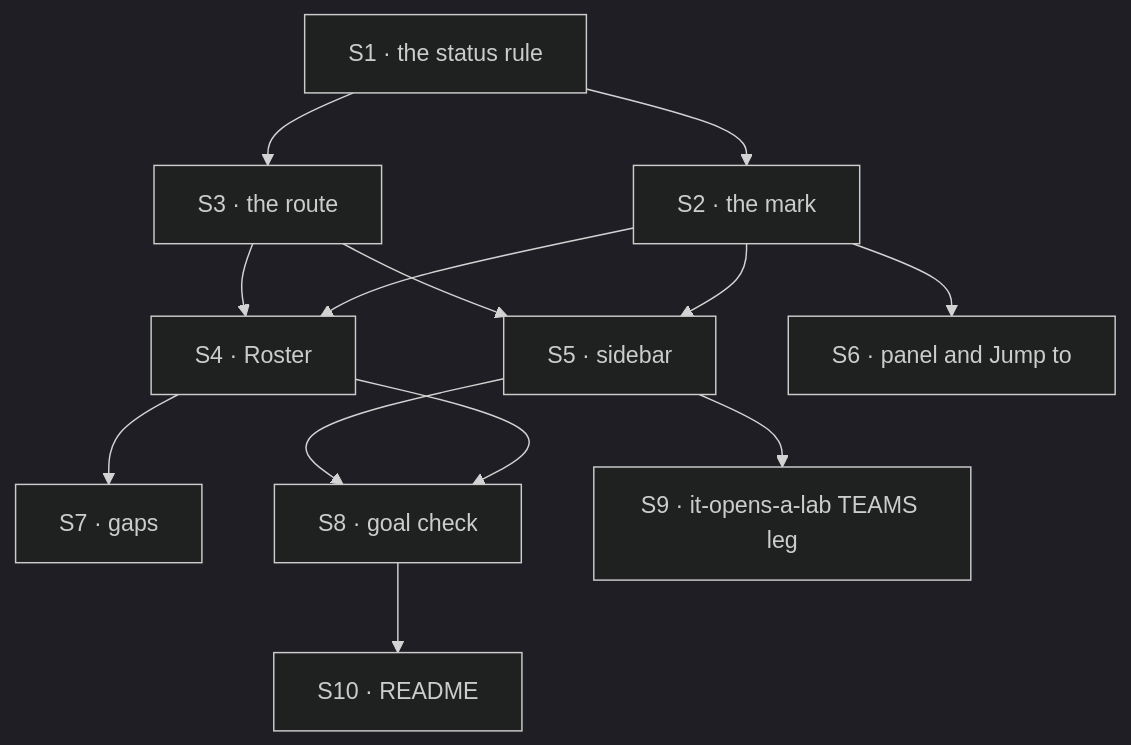
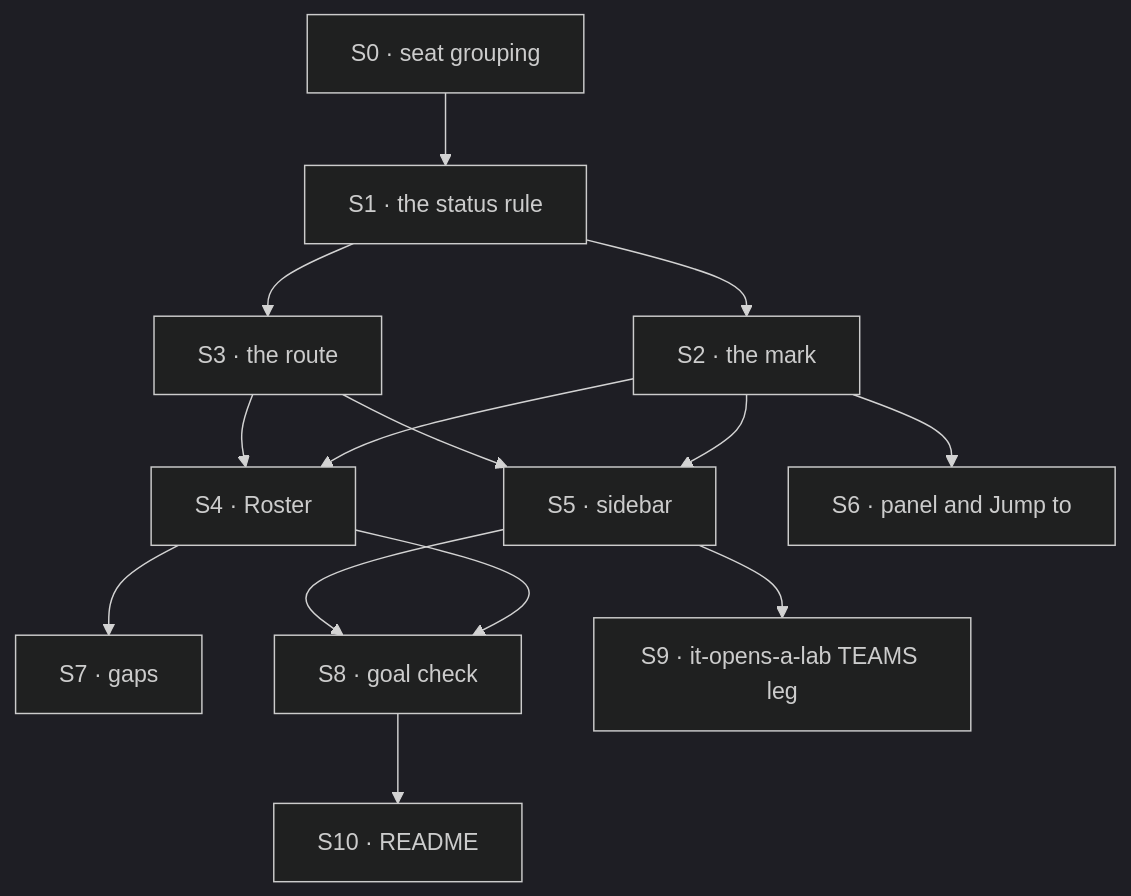
One commit to fixpoint-labs/flow-state-dev changed the diagram in specs/issues/FIX-1723/PLAN.md. Above: the diagram before and after it, drawn with Mermaid (dark theme). The commit also changed other lines of this file and 4 other files, not shown here.

````diff
--- a/specs/issues/FIX-1723/PLAN.md
+++ b/specs/issues/FIX-1723/PLAN.md
@@ -26,15 +27,16 @@
 ```mermaid
 flowchart TD
-  S1["S1 · the status rule"] --> S2["S2 · the mark"]
+  S0["S0 · seat grouping"] --> S1["S1 · the status rule"]
+  S1 --> S2["S2 · the mark"]
   S1 --> S3["S3 · the route"]
   S2 --> S4["S4 · Roster"]
   S3 --> S4
   S2 --> S5["S5 · sidebar"]
   S3 --> S5
   S2 --> S6["S6 · panel and Jump to"]
   S4 --> S7["S7 · gaps"]
   S4 --> S8["S8 · goal check"]
   S5 --> S8
   S5 --> S9["S9 · it-opens-a-lab TEAMS leg"]
   S8 --> S10["S10 · README"]
 ```
````
